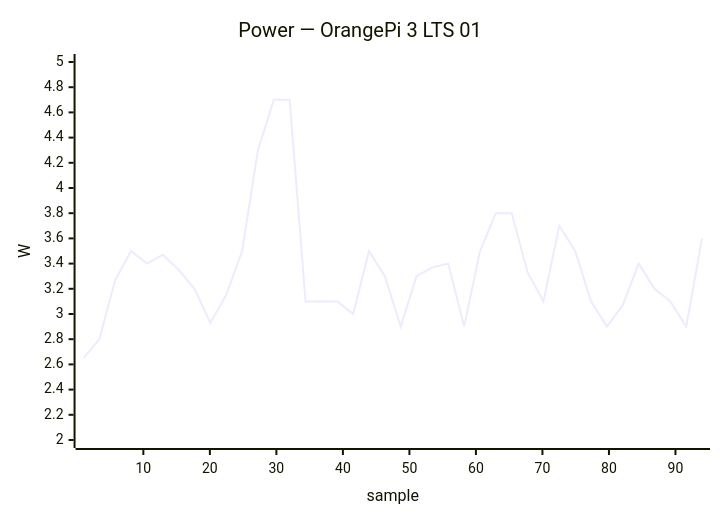
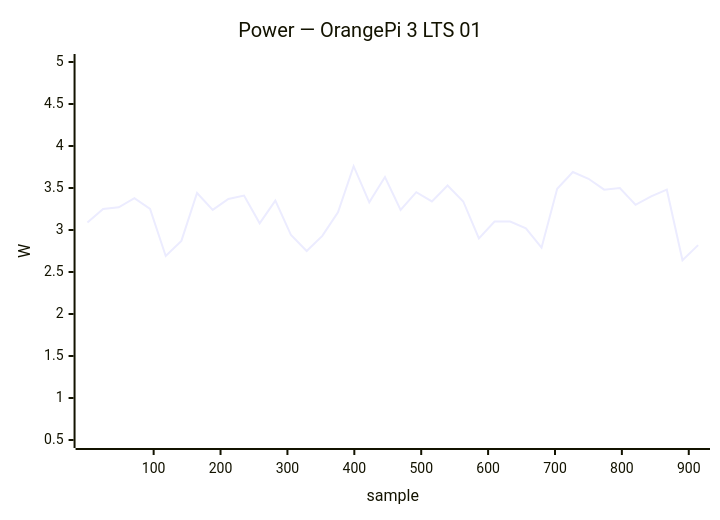
Diagram 21 of 32 in docs/status/board-tests.md (armbian/documentation), drawn with Mermaid before and after one commit. The commit also changed other lines of this file, not shown here.

````diff
--- a/docs/status/board-tests.md
+++ b/docs/status/board-tests.md
@@ -1116,7 +1245,7 @@
 ```mermaid
 xychart-beta
     title "Power — OrangePi 3 LTS 01"
-    x-axis "sample" 1 --> 94
-    y-axis "W" 2.0 --> 5.0
-    line [2.65, 2.80, 3.27, 3.50, 3.40, 3.47, 3.35, 3.20, 2.93, 3.15, 3.50, 4.30, 4.70, 4.70, 3.10, 3.10, 3.10, 3.00, 3.50, 3.30, 2.90, 3.30, 3.37, 3.40, 2.90, 3.50, 3.80, 3.80, 3.33, 3.10, 3.70, 3.50, 3.10, 2.90, 3.07, 3.40, 3.20, 3.10, 2.90, 3.60]
+    x-axis "sample" 1 --> 914
+    y-axis "W" 0.5 --> 5.0
+    line [3.09, 3.25, 3.27, 3.38, 3.25, 2.69, 2.87, 3.44, 3.24, 3.37, 3.41, 3.08, 3.35, 2.94, 2.75, 2.93, 3.21, 3.76, 3.33, 3.63, 3.24, 3.45, 3.34, 3.53, 3.34, 2.90, 3.10, 3.10, 3.02, 2.79, 3.49, 3.69, 3.61, 3.48, 3.50, 3.30, 3.40, 3.48, 2.64, 2.82]
 ```
````
